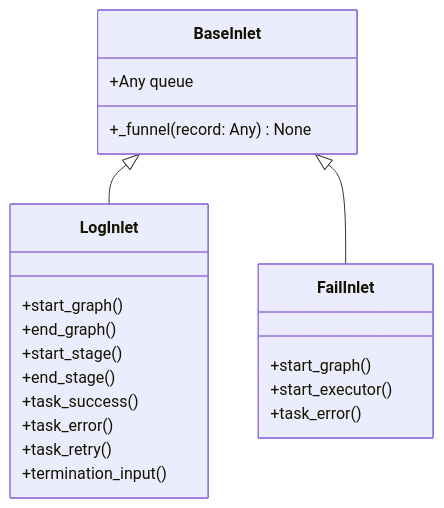
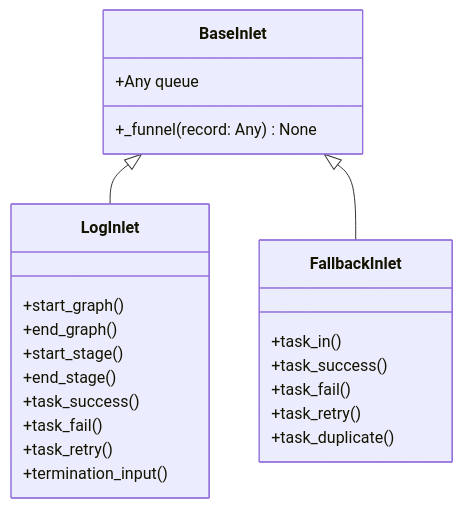
The diagram in docs/zh-CN/src/funnel/core_inlet.md (Mr-xiaotian/CelestialFlow), drawn with Mermaid before and after one commit. The commit also changed other lines of this file and 71 other files, not shown here.

````diff
--- a/docs/zh-CN/src/funnel/core_inlet.md
+++ b/docs/zh-CN/src/funnel/core_inlet.md
@@ -42,24 +42,26 @@
 ```mermaid
 classDiagram
     class BaseInlet {
         +Any queue
         +_funnel(record: Any) None
     }
     class LogInlet {
         +start_graph()
         +end_graph()
         +start_stage()
         +end_stage()
         +task_success()
-        +task_error()
+        +task_fail()
         +task_retry()
         +termination_input()
     }
-    class FailInlet {
-        +start_graph()
-        +start_executor()
-        +task_error()
+    class FallbackInlet {
+        +task_in()
+        +task_success()
+        +task_fail()
+        +task_retry()
+        +task_duplicate()
     }
     BaseInlet <|-- LogInlet
-    BaseInlet <|-- FailInlet
+    BaseInlet <|-- FallbackInlet
 ```
````
